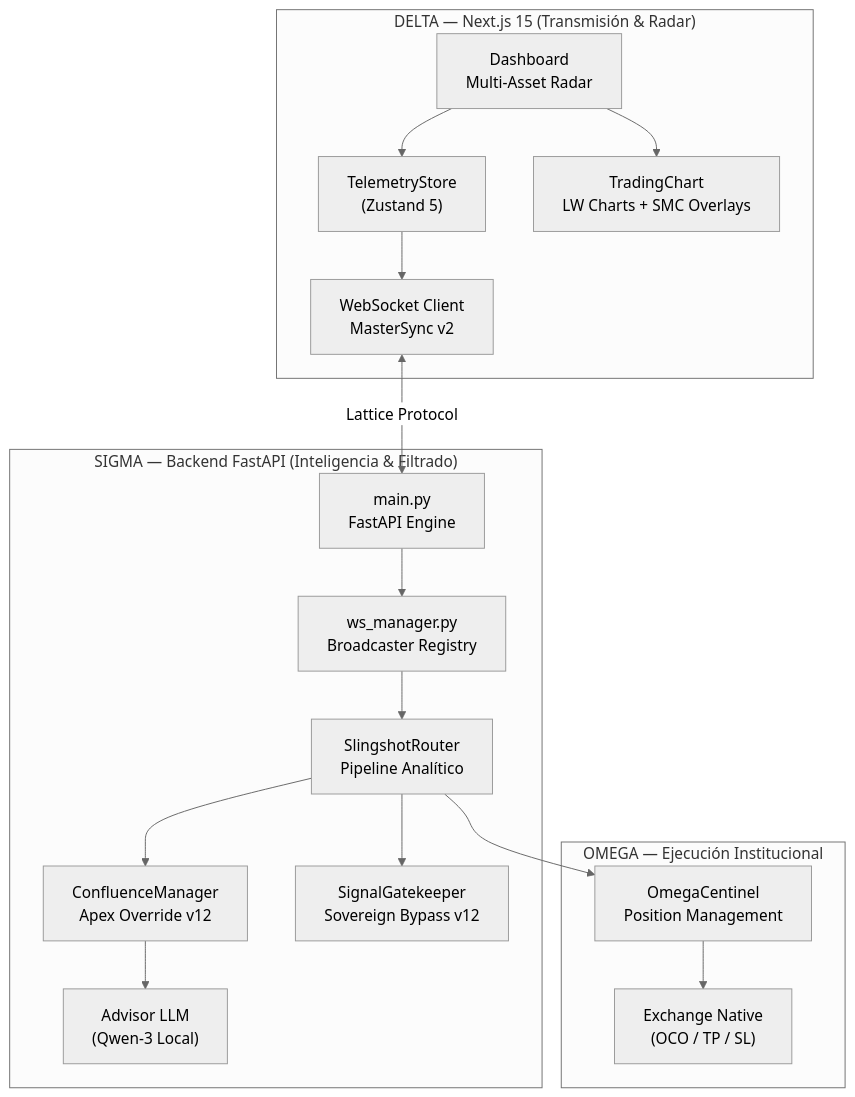
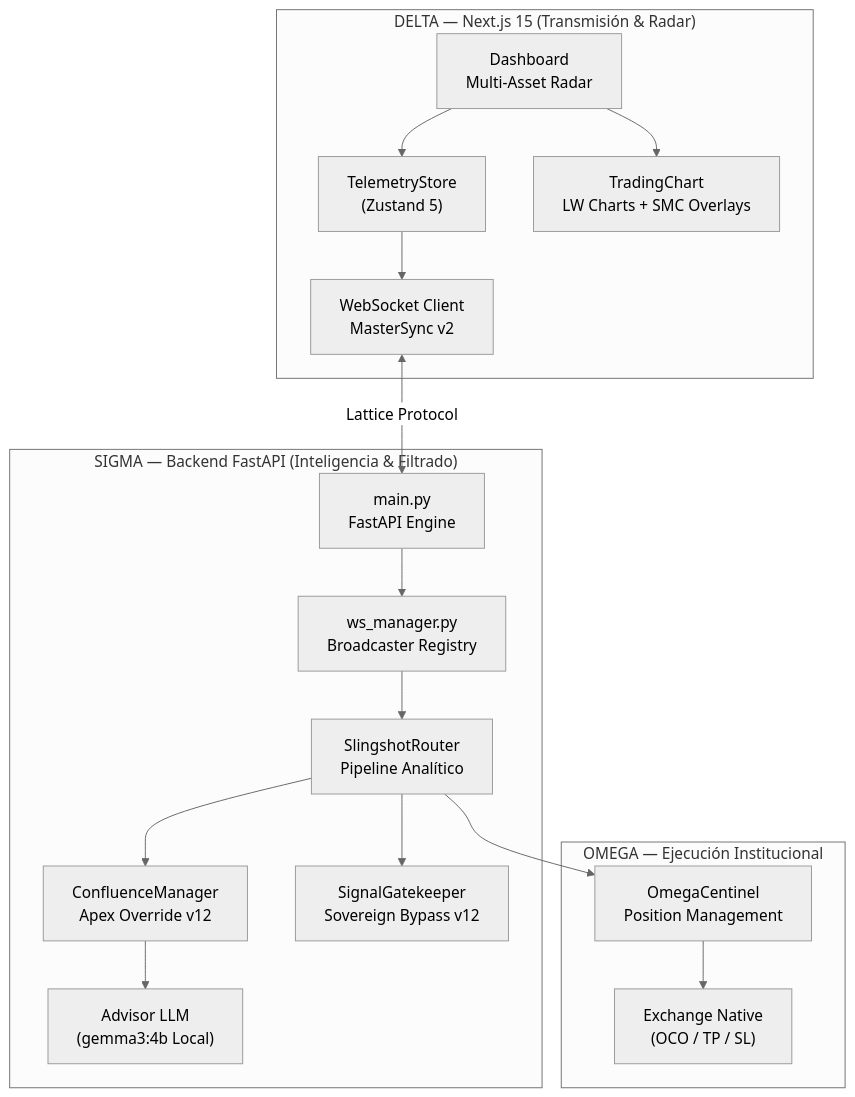
One commit to matiquelmec/Slingshot changed the diagram in README.md. Above: the diagram before and after it, drawn with Mermaid (neutral theme). The commit also changed other lines of this file and 16 other files, not shown here.

````diff
--- a/README.md
+++ b/README.md
@@ -18,23 +18,23 @@
 ```mermaid
 graph TB
     subgraph "DELTA — Next.js 15 (Transmisión & Radar)"
         A["Dashboard<br/>Multi-Asset Radar"] --> B["TelemetryStore<br/>(Zustand 5)"]
         B --> C["WebSocket Client<br/>MasterSync v2"]
         A --> D["TradingChart<br/>LW Charts + SMC Overlays"]
     end
 
     subgraph "SIGMA — Backend FastAPI (Inteligencia & Filtrado)"
         J["main.py<br/>FastAPI Engine"] --> K["ws_manager.py<br/>Broadcaster Registry"]
         K --> L["SlingshotRouter<br/>Pipeline Analítico"]
         L --> M["ConfluenceManager<br/>Apex Override v12"]
         L --> N["SignalGatekeeper<br/>Sovereign Bypass v12"]
-        M --> S["Advisor LLM<br/>(Qwen-3 Local)"]
+        M --> S["Advisor LLM<br/>(gemma3:4b Local)"]
     end
 
     subgraph "OMEGA — Ejecución Institucional"
         T["OmegaCentinel<br/>Position Management"] --> BB["Exchange Native<br/>(OCO / TP / SL)"]
     end
 
     C <--> |"Lattice Protocol"| J
     L --> T
 ```
````
